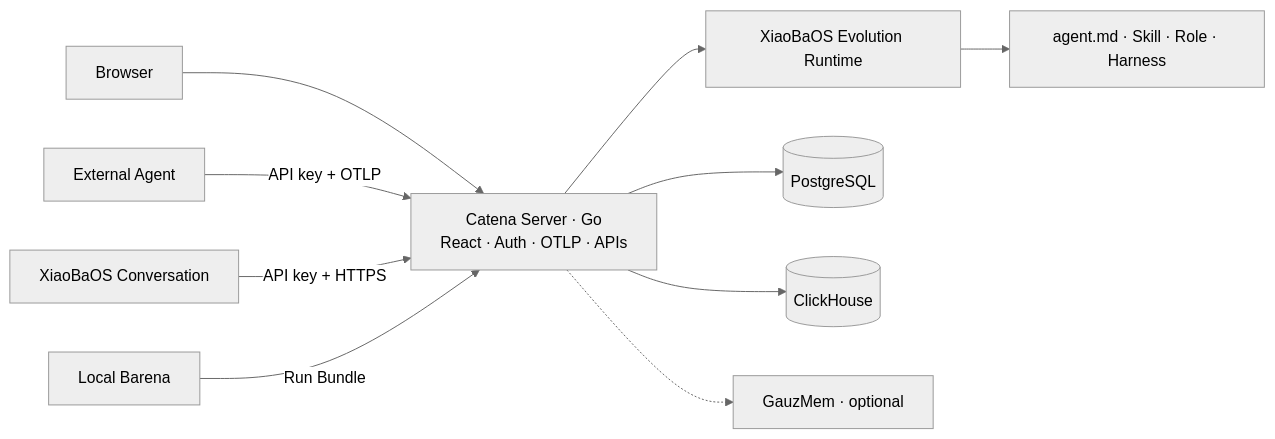
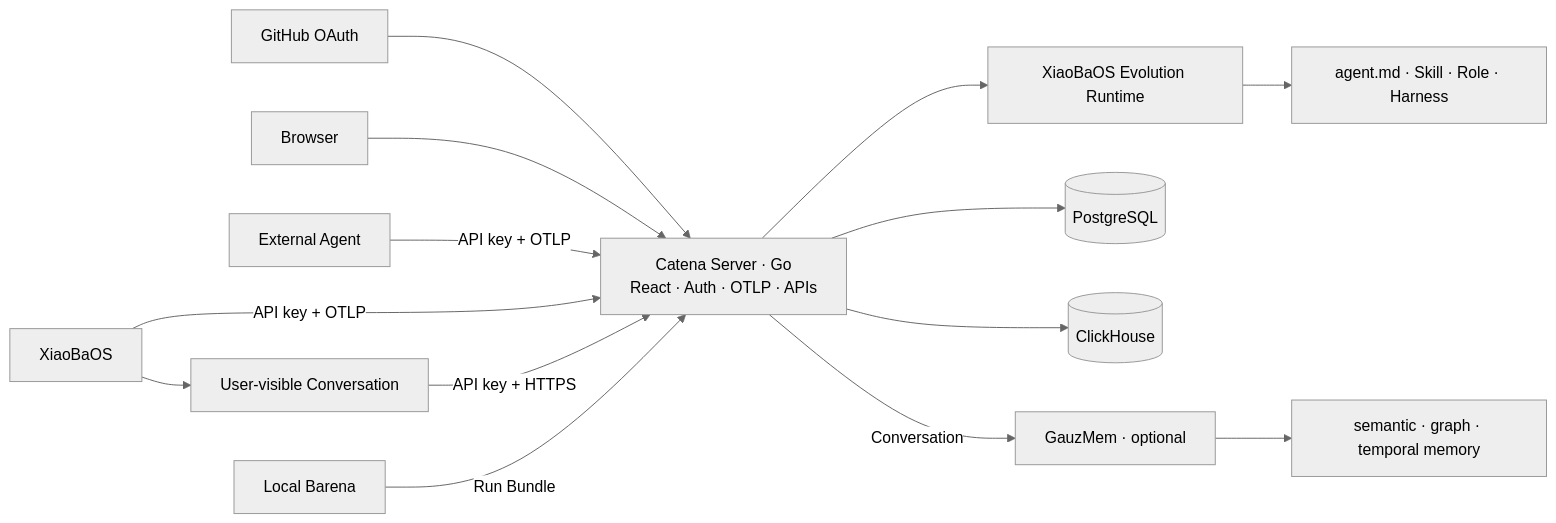
Before and after one commit to fightheyyy/CATENA: the first of 2 diagrams in SPEC.md, drawn with Mermaid (neutral theme). The commit also changed other lines of this file and 3 other files, not shown here.

Commit message:
Document GitHub and conversation memory paths

````diff
--- a/SPEC.md
+++ b/SPEC.md
@@ -26,12 +26,16 @@
 ```mermaid
 flowchart LR
+    GitHub["GitHub OAuth"] --> Go
     Browser["Browser"] --> Go["Catena Server · Go<br/>React · Auth · OTLP · APIs"]
     Runtime["External Agent"] -->|"API key + OTLP"| Go
-    Conversation["XiaoBaOS Conversation"] -->|"API key + HTTPS"| Go
+    XiaoBa["XiaoBaOS"] -->|"API key + OTLP"| Go
+    XiaoBa --> Conversation["User-visible Conversation"]
+    Conversation -->|"API key + HTTPS"| Go
     Barena["Local Barena"] -->|"Run Bundle"| Go
     Go --> Runner["XiaoBaOS Evolution Runtime"]
     Runner --> Asset["agent.md · Skill · Role · Harness"]
     Go --> PG[("PostgreSQL")]
     Go --> CH[("ClickHouse")]
-    Go -.-> Memory["GauzMem · optional"]
+    Go -->|"Conversation"| Memory["GauzMem · optional"]
+    Memory --> Recall["semantic · graph · temporal memory"]
 ```
````
